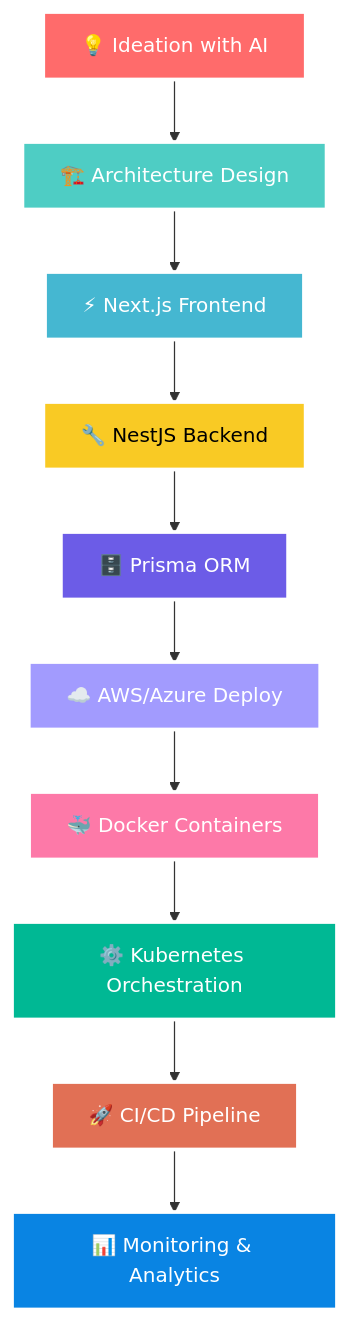
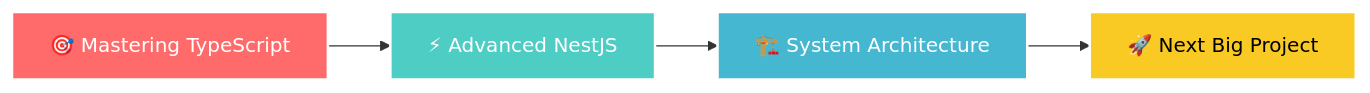
One commit to IT21182914/IT21182914 changed the diagram in README.md. Above: the diagram before and after it, drawn with Mermaid. The commit also changed other lines of this file, not shown here.

````diff
--- a/README.md
+++ b/README.md
@@ -126,23 +119,11 @@
 ```mermaid
-graph TD
-    A[💡 Ideation with AI] --> B[🏗️ Architecture Design]
-    B --> C[⚡ Next.js Frontend]
-    C --> D[🔧 NestJS Backend]
-    D --> E[🗄️ Prisma ORM]
-    E --> F[☁️ AWS/Azure Deploy]
-    F --> G[🐳 Docker Containers]
-    G --> H[⚙️ Kubernetes Orchestration]
-    H --> I[🚀 CI/CD Pipeline]
-    I --> J[📊 Monitoring & Analytics]
+graph LR
+    A[🎯 Mastering TypeScript] --> B[⚡ Advanced NestJS]
+    B --> C[🏗️ System Architecture]
+    C --> D[🚀 Next Big Project]
     
-    style A fill:#ff6b6b,stroke:#ffffff,stroke-width:3px,color:#ffffff
-    style B fill:#4ecdc4,stroke:#ffffff,stroke-width:3px,color:#ffffff
-    style C fill:#45b7d1,stroke:#ffffff,stroke-width:3px,color:#ffffff
-    style D fill:#f9ca24,stroke:#ffffff,stroke-width:3px,color:#000000
-    style E fill:#6c5ce7,stroke:#ffffff,stroke-width:3px,color:#ffffff
-    style F fill:#a29bfe,stroke:#ffffff,stroke-width:3px,color:#ffffff
-    style G fill:#fd79a8,stroke:#ffffff,stroke-width:3px,color:#ffffff
-    style H fill:#00b894,stroke:#ffffff,stroke-width:3px,color:#ffffff
-    style I fill:#e17055,stroke:#ffffff,stroke-width:3px,color:#ffffff
-    style J fill:#0984e3,stroke:#ffffff,stroke-width:3px,color:#ffffff
+    style A fill:#ff6b6b,stroke:#ffffff,stroke-width:2px,color:#ffffff
+    style B fill:#4ecdc4,stroke:#ffffff,stroke-width:2px,color:#ffffff
+    style C fill:#45b7d1,stroke:#ffffff,stroke-width:2px,color:#ffffff
+    style D fill:#f9ca24,stroke:#ffffff,stroke-width:2px,color:#000000
 ```
````
